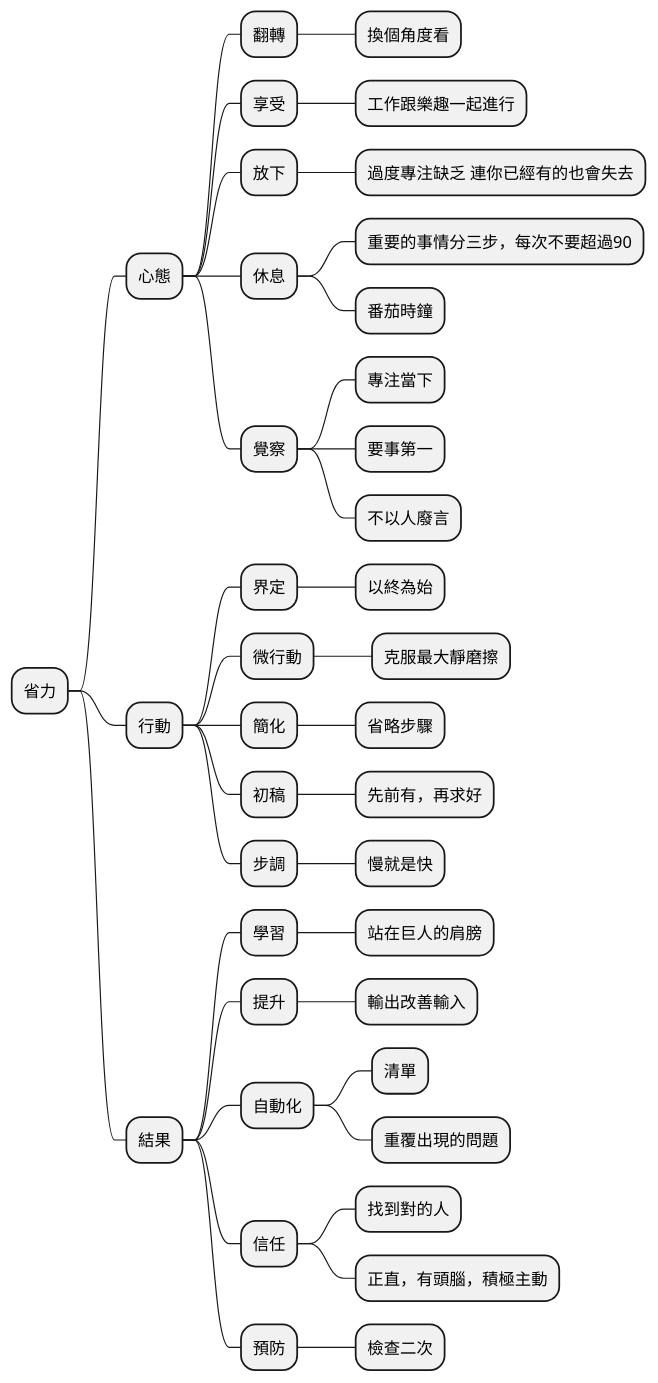
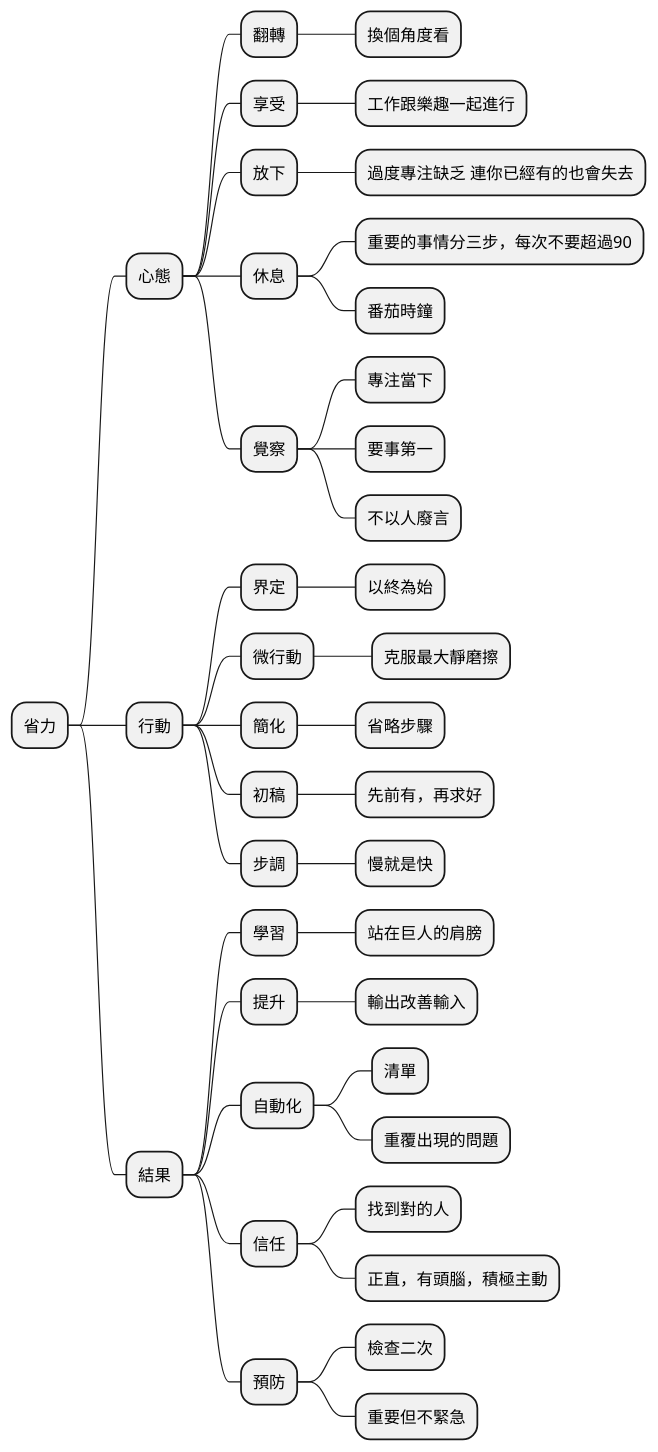
One commit to chuanyuanguo/test changed the diagram in 省力.md. Above: the diagram before and after it, drawn with PlantUML. The commit also changed other lines of this file, not shown here.

````diff
--- a/省力.md
+++ b/省力.md
@@ -1,44 +5,45 @@
 ```plantuml
 @startmindmap
 + 省力
 ++ 心態
 +++ 翻轉
 ++++ 換個角度看
 +++ 享受
 ++++ 工作跟樂趣一起進行
 +++ 放下
 ++++ 過度專注缺乏 連你已經有的也會失去
 +++ 休息
 ++++ 重要的事情分三步，每次不要超過90
 ++++ 番茄時鐘
 +++ 覺察
 ++++ 專注當下
 ++++ 要事第一
 ++++ 不以人廢言
 ++ 行動
 +++ 界定
 ++++ 以終為始
 +++ 微行動
 ++++ 克服最大靜磨擦
 +++ 簡化
 ++++ 省略步驟
 +++ 初稿
 ++++ 先前有，再求好
 +++ 步調
 ++++ 慢就是快
 ++ 結果
 +++ 學習
 ++++ 站在巨人的肩膀
 +++ 提升
 ++++ 輸出改善輸入
 +++ 自動化
 ++++ 清單
 ++++ 重覆出現的問題
 +++ 信任
 ++++ 找到對的人
 ++++ 正直，有頭腦，積極主動
 +++ 預防
 ++++ 檢查二次
+++++ 重要但不緊急
 @endmindmap
 
 ```
````
